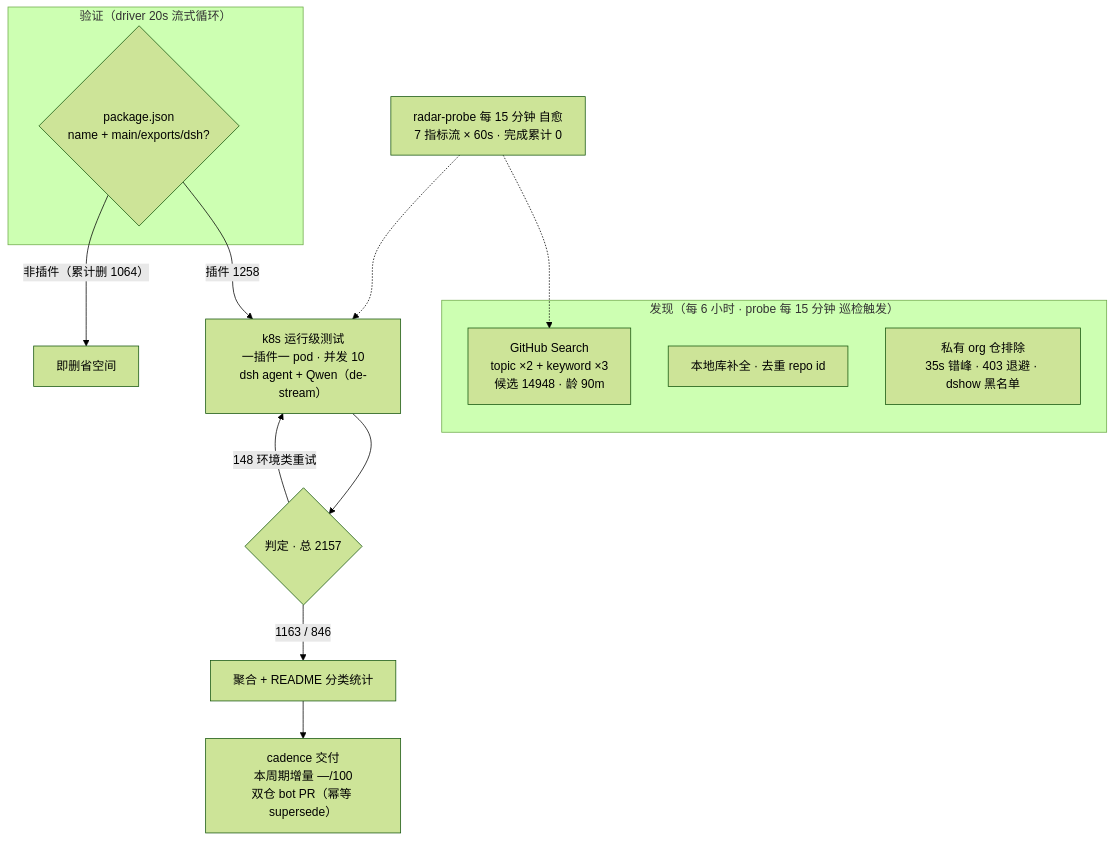
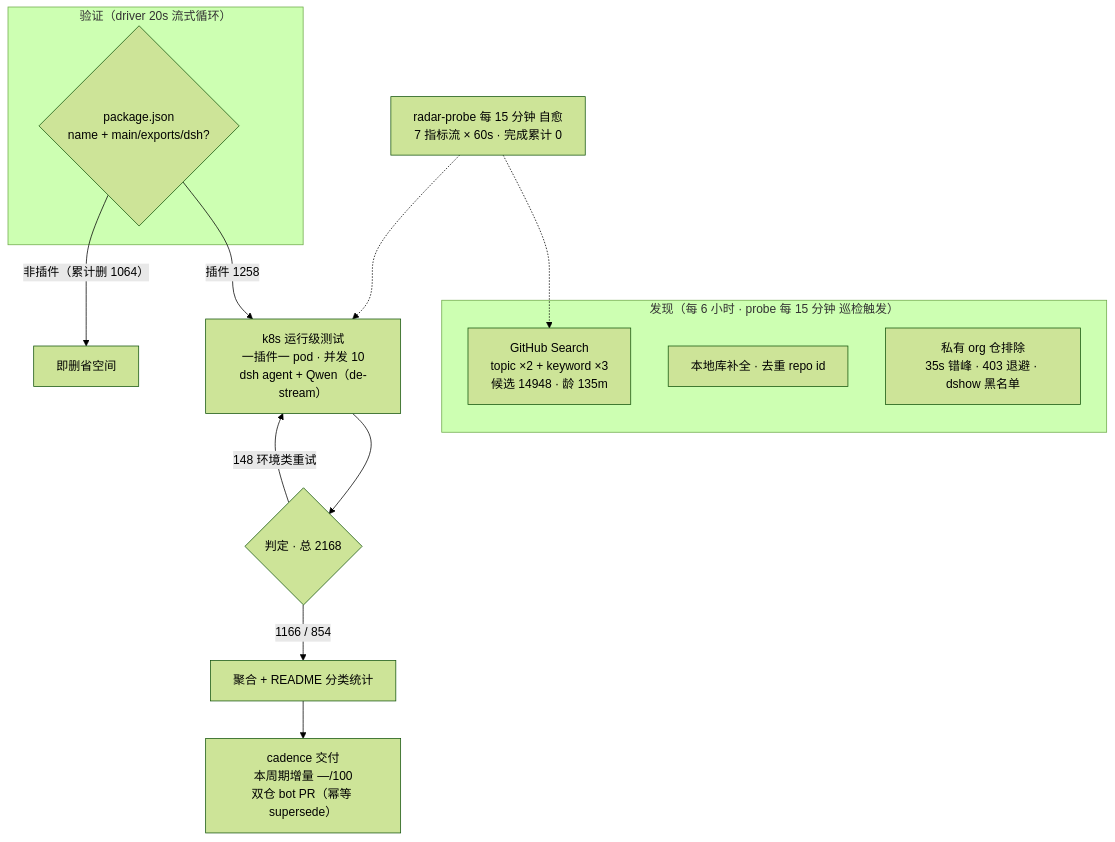
The diagram in README.md (Zhidao-Lab-OSS/awesome-dsh-plugins), drawn with Mermaid (forest theme) before and after one commit. The commit also changed other lines of this file and 1 other file, not shown here.

````diff
--- a/README.md
+++ b/README.md
@@ -37,20 +37,20 @@
 ```mermaid
 flowchart TB
     subgraph Discovery["发现（每 6 小时 · probe 每 15 分钟 巡检触发）"]
-        A1["GitHub Search<br/>topic ×2 + keyword ×3<br/>候选 14948 · 龄 90m"]
+        A1["GitHub Search<br/>topic ×2 + keyword ×3<br/>候选 14948 · 龄 135m"]
         A2["本地库补全 · 去重 repo id"]
         A3["私有 org 仓排除<br/>35s 错峰 · 403 退避 · dshow 黑名单"]
     end
     subgraph Validation["验证（driver 20s 流式循环）"]
         B1{"package.json<br/>name + main/exports/dsh?"}
     end
     B1 -->|"插件 1258"| C1["k8s 运行级测试<br/>一插件一 pod · 并发 10<br/>dsh agent + Qwen（de-stream）"]
     B1 -->|"非插件（累计删 1064）"| B3["即删省空间"]
-    C1 --> D1{"判定 · 总 2157"}
-    D1 -->|"1163 / 846"| E1["聚合 + README 分类统计"]
+    C1 --> D1{"判定 · 总 2168"}
+    D1 -->|"1166 / 854"| E1["聚合 + README 分类统计"]
     D1 -->|"148 环境类重试"| C1
     E1 --> E2["cadence 交付<br/>本周期增量 —/100<br/>双仓 bot PR（幂等 supersede）"]
     M["radar-probe 每 15 分钟 自愈<br/>7 指标流 × 60s · 完成累计 0"]
     M -.-> A1
     M -.-> C1
 ```
````
